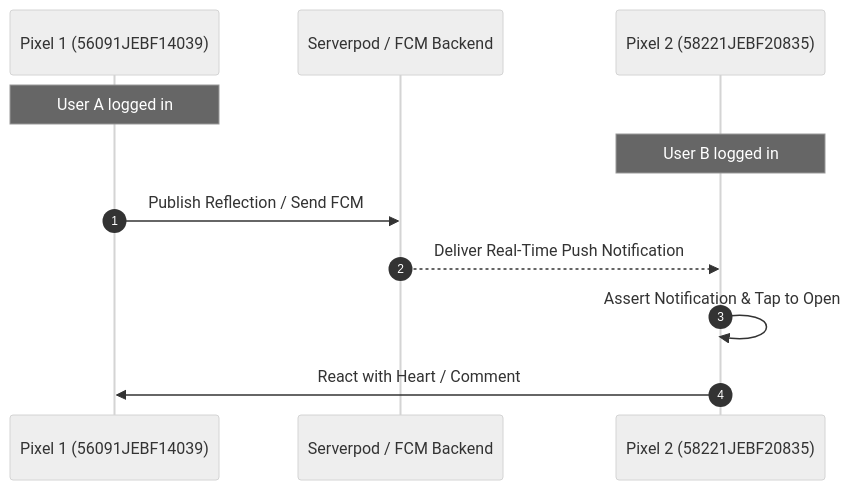
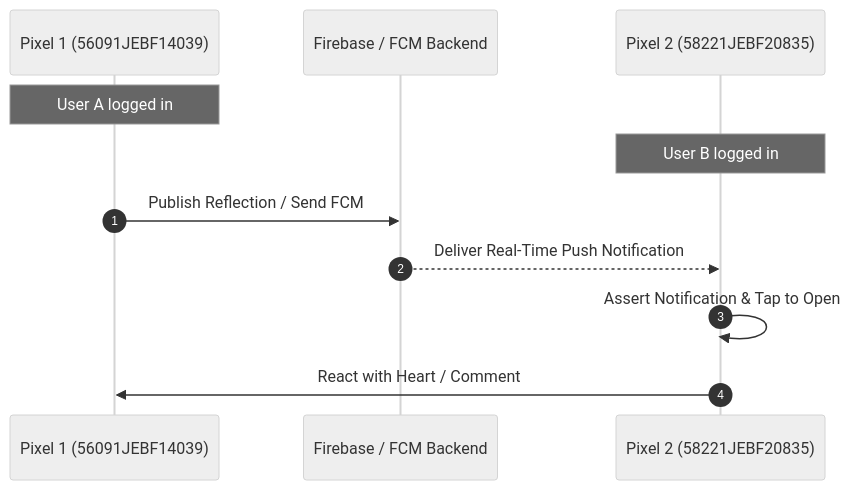
One commit to neiljaywarner/refuge changed the diagram in .agents/skills/maestro-device-automation/SKILL.md. Above: the diagram before and after it, drawn with Mermaid (neutral theme). The commit also changed 203 other files, not shown here.

First line of the commit message:
Remove the expired Serverpod cloud backend (#953) (#957)

````diff
--- a/.agents/skills/maestro-device-automation/SKILL.md
+++ b/.agents/skills/maestro-device-automation/SKILL.md
@@ -94,14 +94,14 @@
 ```mermaid
 sequenceDiagram
     autonumber
     participant D1 as Pixel 1 (56091JEBF14039)
-    participant S as Serverpod / FCM Backend
+    participant S as Firebase / FCM Backend
     participant D2 as Pixel 2 (58221JEBF20835)
 
     Note over D1: User A logged in
     Note over D2: User B logged in
     D1->>S: Publish Reflection / Send FCM
     S-->>D2: Deliver Real-Time Push Notification
     D2->>D2: Assert Notification & Tap to Open
     D2->>D1: React with Heart / Comment
 ```
````
